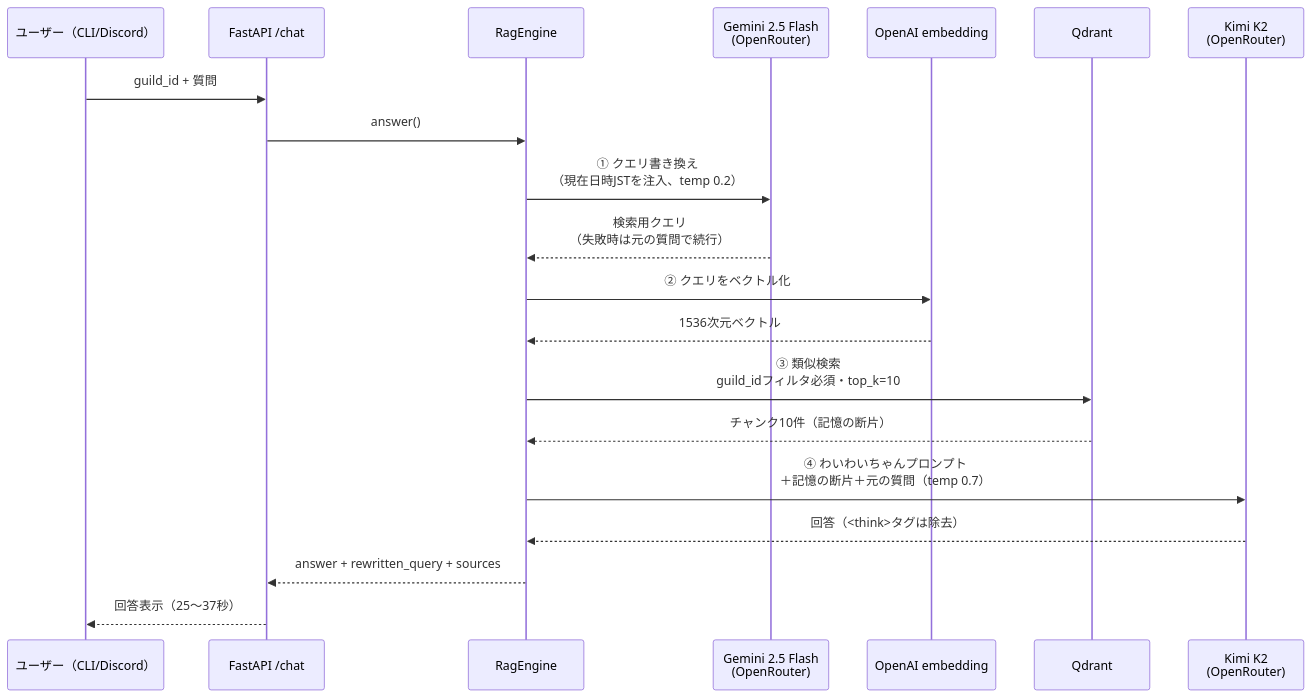
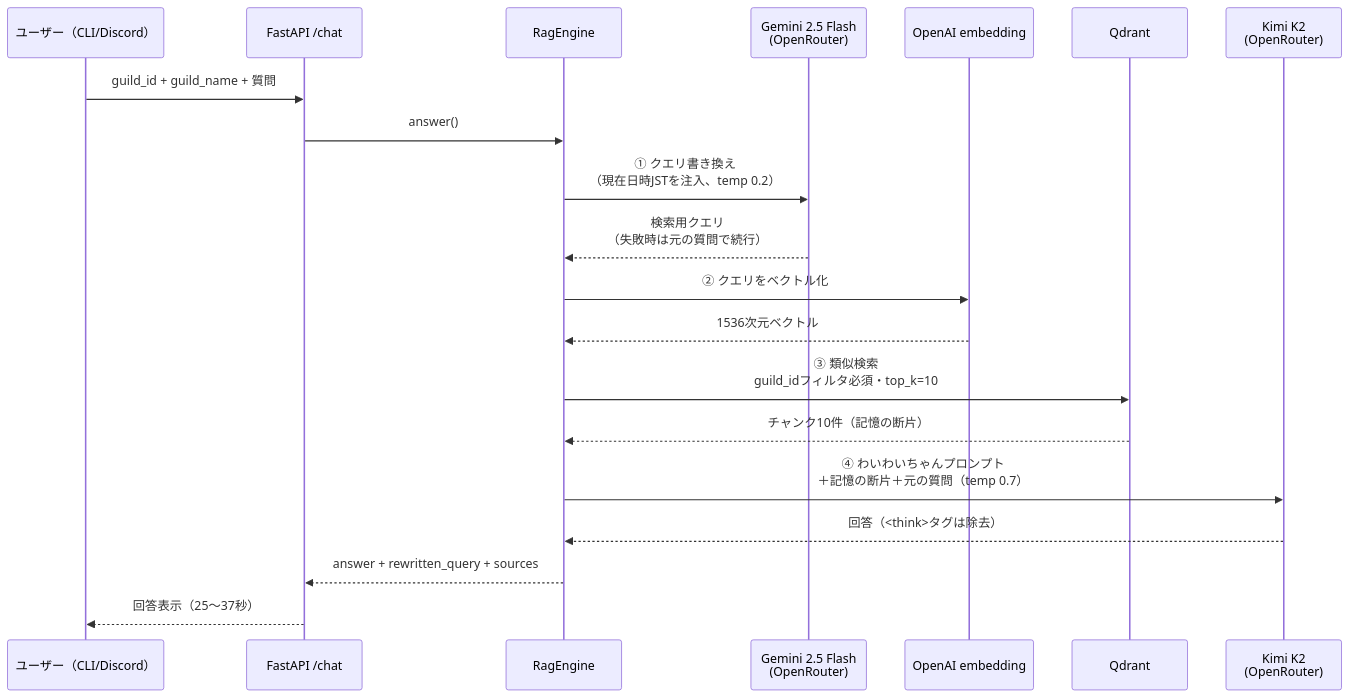
The fourth of 4 diagrams in docs/DIAGRAMS.md (aigamoid/remember), drawn with Mermaid before and after one commit. The commit also changed other lines of this file, not shown here.

Commit message:
Update docs/DIAGRAMS.md: コンテナ構成更新・自動取り込みシーケンス図を追加（4図構成）

````diff
--- a/docs/DIAGRAMS.md
+++ b/docs/DIAGRAMS.md
@@ -57,23 +100,23 @@
 ```mermaid
 sequenceDiagram
     participant U as ユーザー（CLI/Discord）
     participant A as FastAPI /chat
     participant E as RagEngine
     participant G as Gemini 2.5 Flash<br>(OpenRouter)
     participant O as OpenAI embedding
     participant Q as Qdrant
     participant K as Kimi K2<br>(OpenRouter)
 
-    U->>A: guild_id + 質問
+    U->>A: guild_id + guild_name + 質問
     A->>E: answer()
     E->>G: ① クエリ書き換え<br>（現在日時JSTを注入、temp 0.2）
     G-->>E: 検索用クエリ<br>（失敗時は元の質問で続行）
     E->>O: ② クエリをベクトル化
     O-->>E: 1536次元ベクトル
     E->>Q: ③ 類似検索<br>guild_idフィルタ必須・top_k=10
     Q-->>E: チャンク10件（記憶の断片）
     E->>K: ④ わいわいちゃんプロンプト<br>＋記憶の断片＋元の質問（temp 0.7）
     K-->>E: 回答（<think>タグは除去）
     E-->>A: answer + rewritten_query + sources
     A-->>U: 回答表示（25〜37秒）
 ```
````
